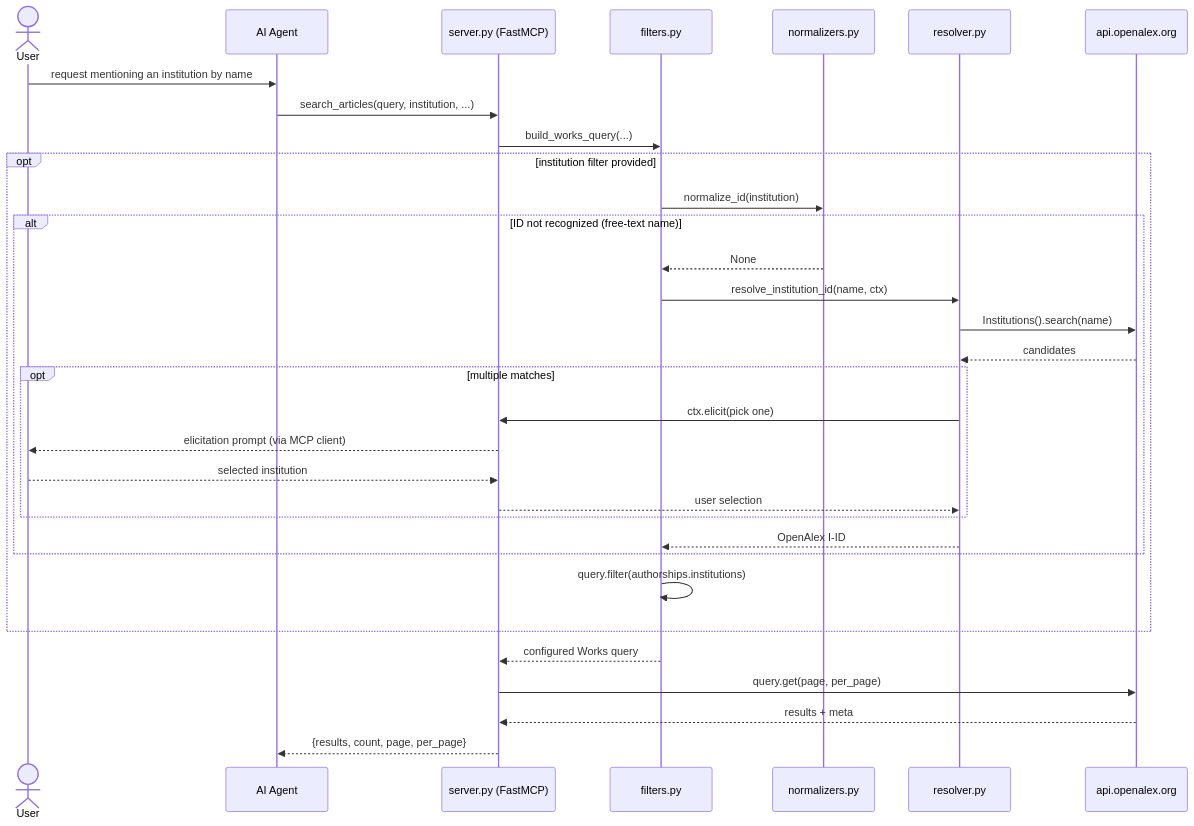
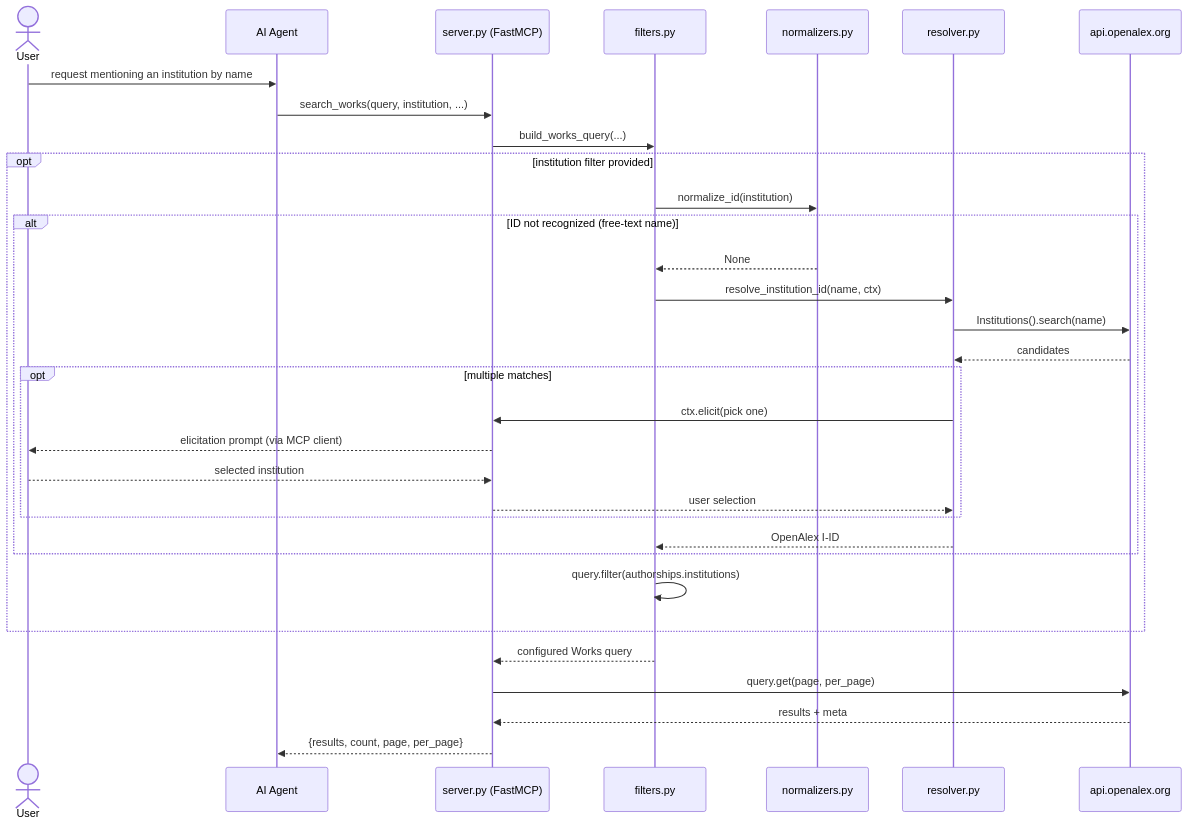
One commit to ELumya/openalex-mcp changed the third of 4 diagrams in ARCHITECTURE.md. Above: the diagram before and after it, drawn with Mermaid. The commit also changed other lines of this file and 6 other files, not shown here.

````diff
--- a/ARCHITECTURE.md
+++ b/ARCHITECTURE.md
@@ -65,37 +65,37 @@
 ```mermaid
 sequenceDiagram
     actor User as User
     participant Agent as AI Agent
     participant MCP as server.py (FastMCP)
     participant Filters as filters.py
     participant Norm as normalizers.py
     participant Res as resolver.py
     participant OA as api.openalex.org
 
     User->>Agent: request mentioning an institution by name
-    Agent->>MCP: search_articles(query, institution, ...)
+    Agent->>MCP: search_works(query, institution, ...)
     MCP->>Filters: build_works_query(...)
 
     opt institution filter provided
         Filters->>Norm: normalize_id(institution)
         alt ID not recognized (free-text name)
             Norm-->>Filters: None
             Filters->>Res: resolve_institution_id(name, ctx)
             Res->>OA: Institutions().search(name)
             OA-->>Res: candidates
             opt multiple matches
                 Res->>MCP: ctx.elicit(pick one)
                 MCP-->>User: elicitation prompt (via MCP client)
                 User-->>MCP: selected institution
                 MCP-->>Res: user selection
             end
             Res-->>Filters: OpenAlex I-ID
         end
         Filters->>Filters: query.filter(authorships.institutions)
     end
 
     Filters-->>MCP: configured Works query
     MCP->>OA: query.get(page, per_page)
     OA-->>MCP: results + meta
     MCP-->>Agent: {results, count, page, per_page}
 ```
````
